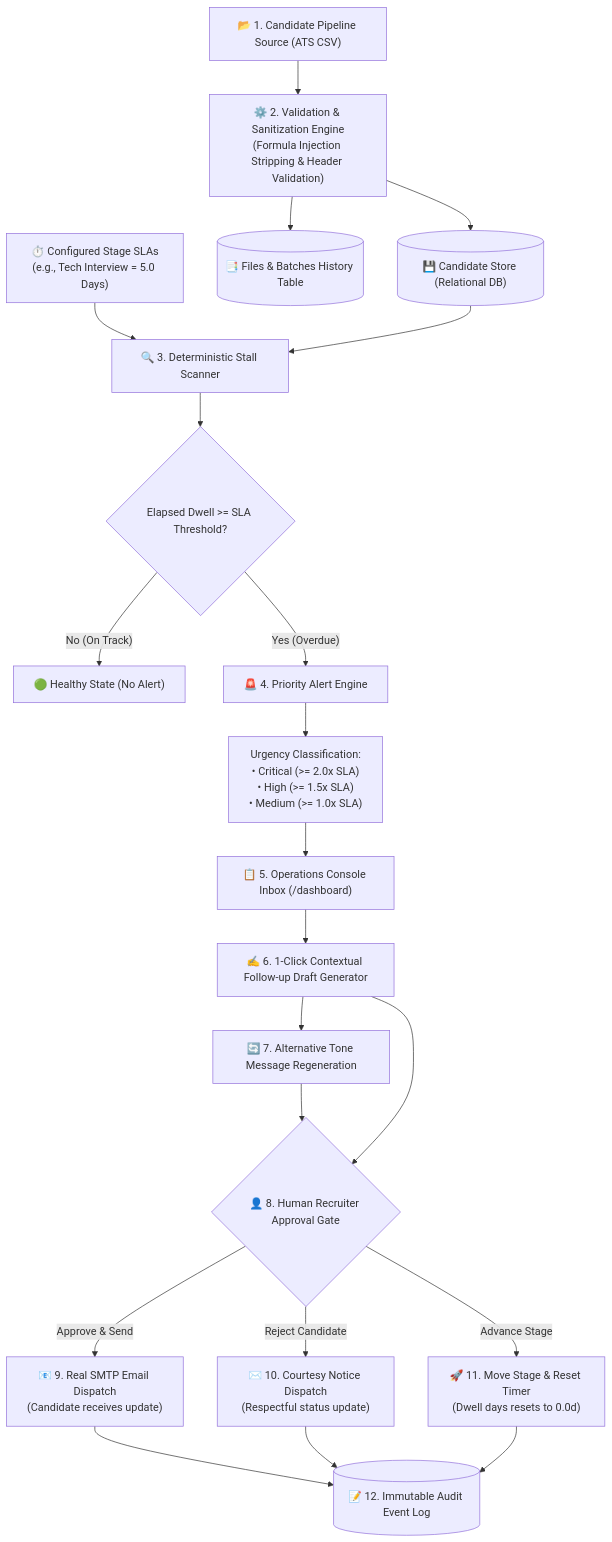
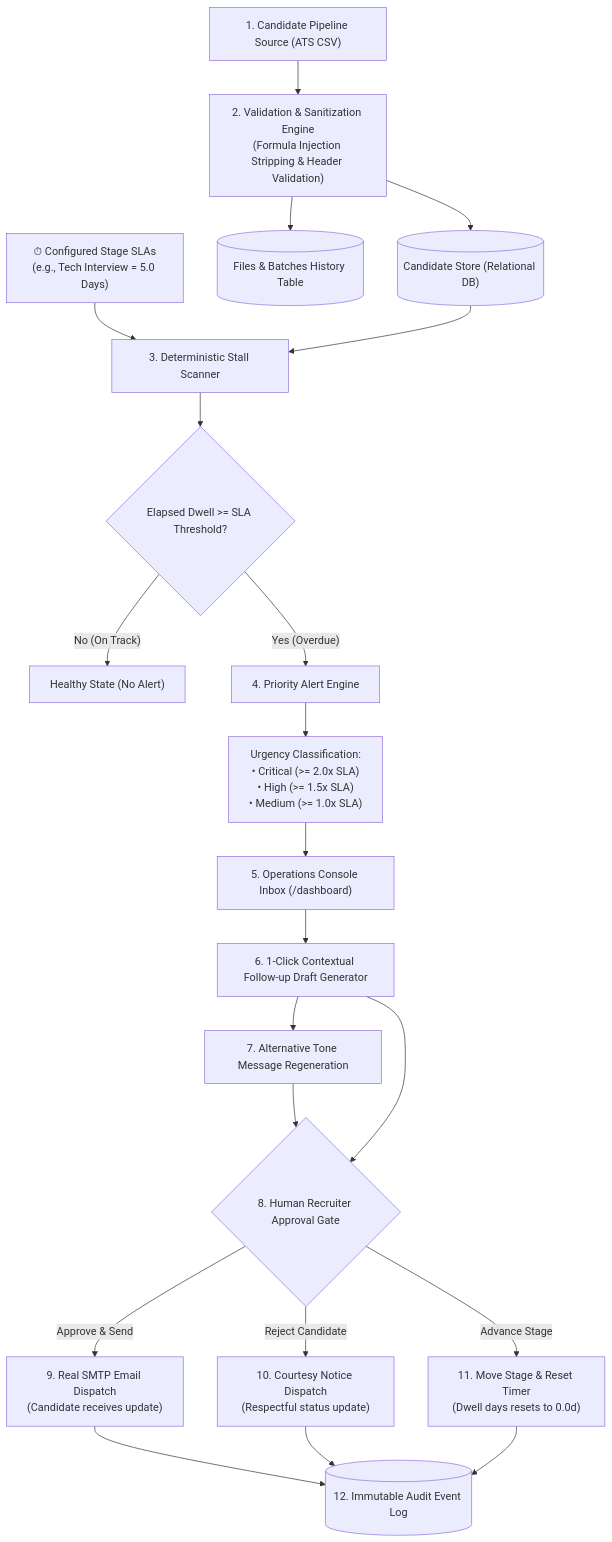
One commit to ajayroll1/Stall_Alert changed the first of 2 diagrams in WORKING.md. Above: the diagram before and after it, drawn with Mermaid. The commit also changed other lines of this file and 9 other files, not shown here.

````diff
--- a/WORKING.md
+++ b/WORKING.md
@@ -25,29 +25,29 @@
 ```mermaid
 flowchart TD
-    A["📂 1. Candidate Pipeline Source (ATS CSV)"] --> B["⚙️ 2. Validation & Sanitization Engine\n(Formula Injection Stripping & Header Validation)"]
-    B --> C[("💾 Candidate Store (Relational DB)")]
-    B --> FilesLog[("📑 Files & Batches History Table")]
+    A[" 1. Candidate Pipeline Source (ATS CSV)"] --> B[" 2. Validation & Sanitization Engine\n(Formula Injection Stripping & Header Validation)"]
+    B --> C[(" Candidate Store (Relational DB)")]
+    B --> FilesLog[(" Files & Batches History Table")]
     
-    D["⏱️ Configured Stage SLAs\n(e.g., Tech Interview = 5.0 Days)"] --> E["🔍 3. Deterministic Stall Scanner"]
+    D["⏱ Configured Stage SLAs\n(e.g., Tech Interview = 5.0 Days)"] --> E[" 3. Deterministic Stall Scanner"]
     C --> E
     
     E --> F{"Elapsed Dwell >= SLA Threshold?"}
-    F -- "No (On Track)" --> G["🟢 Healthy State (No Alert)"]
-    F -- "Yes (Overdue)" --> H["🚨 4. Priority Alert Engine"]
+    F -- "No (On Track)" --> G[" Healthy State (No Alert)"]
+    F -- "Yes (Overdue)" --> H[" 4. Priority Alert Engine"]
     
     H --> I["Urgency Classification:\n• Critical (>= 2.0x SLA)\n• High (>= 1.5x SLA)\n• Medium (>= 1.0x SLA)"]
-    I --> J["📋 5. Operations Console Inbox (/dashboard)"]
+    I --> J[" 5. Operations Console Inbox (/dashboard)"]
     
-    J --> K["✍️ 6. 1-Click Contextual Follow-up Draft Generator"]
-    K --> Regen["🔄 7. Alternative Tone Message Regeneration"]
-    Regen --> L{"👤 8. Human Recruiter Approval Gate"}
+    J --> K[" 6. 1-Click Contextual Follow-up Draft Generator"]
+    K --> Regen[" 7. Alternative Tone Message Regeneration"]
+    Regen --> L{" 8. Human Recruiter Approval Gate"}
     K --> L
     
-    L -- "Approve & Send" --> M["📧 9. Real SMTP Email Dispatch\n(Candidate receives update)"]
-    L -- "Reject Candidate" --> Rejection["✉️ 10. Courtesy Notice Dispatch\n(Respectful status update)"]
-    L -- "Advance Stage" --> Advance["🚀 11. Move Stage & Reset Timer\n(Dwell days resets to 0.0d)"]
+    L -- "Approve & Send" --> M[" 9. Real SMTP Email Dispatch\n(Candidate receives update)"]
+    L -- "Reject Candidate" --> Rejection[" 10. Courtesy Notice Dispatch\n(Respectful status update)"]
+    L -- "Advance Stage" --> Advance[" 11. Move Stage & Reset Timer\n(Dwell days resets to 0.0d)"]
     
-    M --> N[("📝 12. Immutable Audit Event Log")]
+    M --> N[(" 12. Immutable Audit Event Log")]
     Rejection --> N
     Advance --> N
 ```
````
